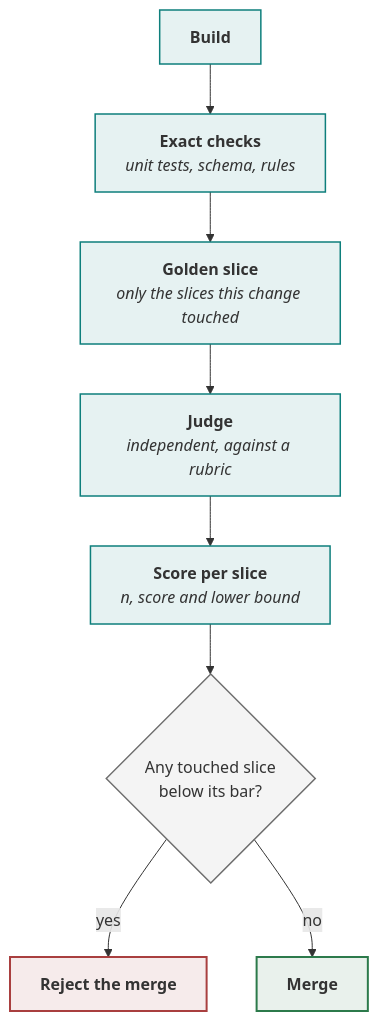
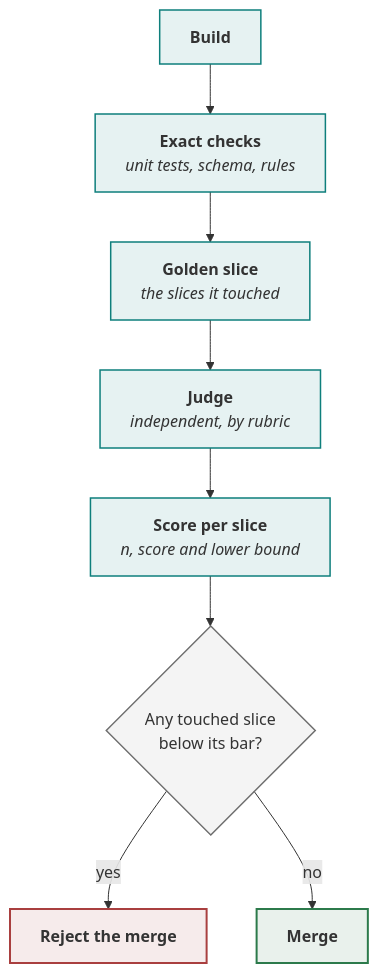
Before and after one commit to akash-coded/aws-bedrock-agentcore-strands: the diagram in site/content/learn/lessons/p2-build-and-prove.md, drawn with Mermaid. The commit also changed 82 other files, not shown here.

````diff
--- a/site/content/learn/lessons/p2-build-and-prove.md
+++ b/site/content/learn/lessons/p2-build-and-prove.md
@@ -71,19 +71,19 @@
 ```mermaid
 flowchart TB
   B["<b>Build</b>"] --> X["<b>Exact checks</b><br/><i>unit tests, schema, rules</i>"]
-  X --> G["<b>Golden slice</b><br/><i>only the slices this change touched</i>"]
-  G --> J["<b>Judge</b><br/><i>independent, against a rubric</i>"]
+  X --> G["<b>Golden slice</b><br/><i>the slices it touched</i>"]
+  G --> J["<b>Judge</b><br/><i>independent, by rubric</i>"]
   J --> S["<b>Score per slice</b><br/><i>n, score and lower bound</i>"]
   S --> M{"Any touched slice<br/>below its bar?"}
   M -->|"yes"| R["<b>Reject the merge</b>"]
   M -->|"no"| OK["<b>Merge</b>"]
 
   classDef cheap fill:#0E7F7C1A,stroke:#0E7F7C,stroke-width:1.5px
   classDef ask fill:#6E6E6E14,stroke:#6E6E6E,stroke-width:1.5px
   classDef stop fill:#A93F3F1A,stroke:#A93F3F,stroke-width:2px
   classDef go fill:#2C7A4B1A,stroke:#2C7A4B,stroke-width:2px
   class B,X,G,J,S cheap
   class M ask
   class R stop
   class OK go
 ```
````
